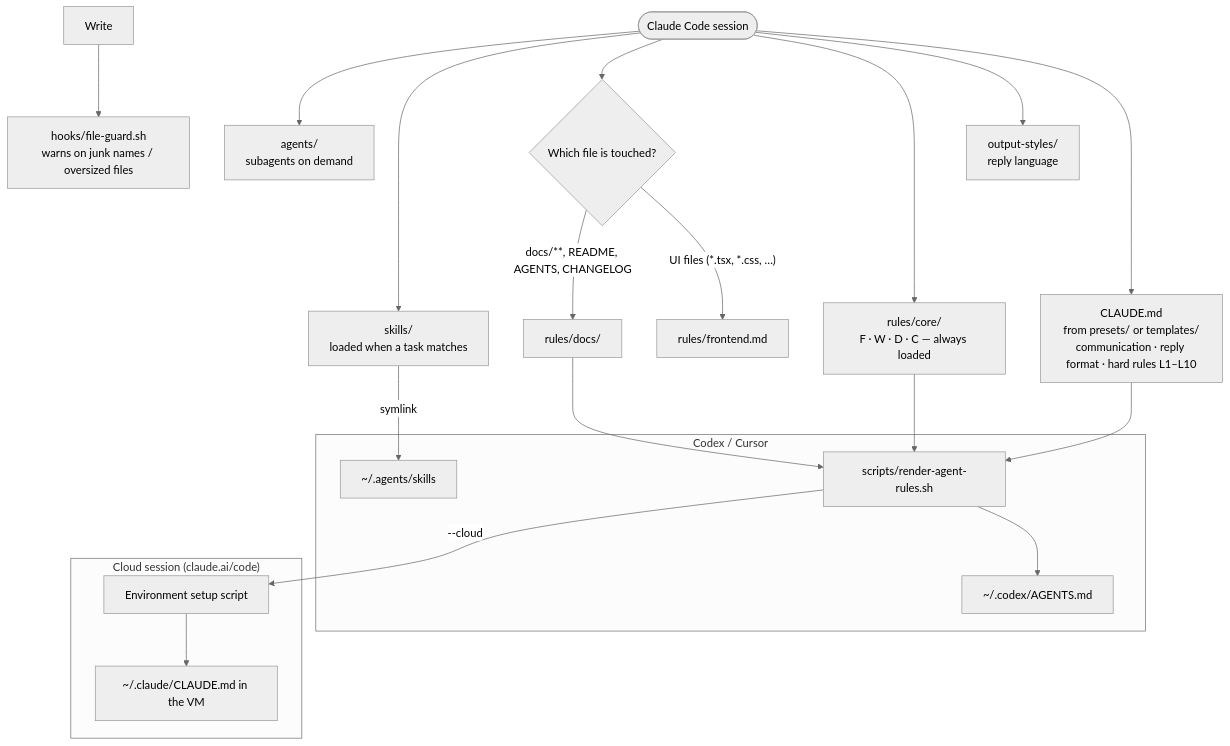
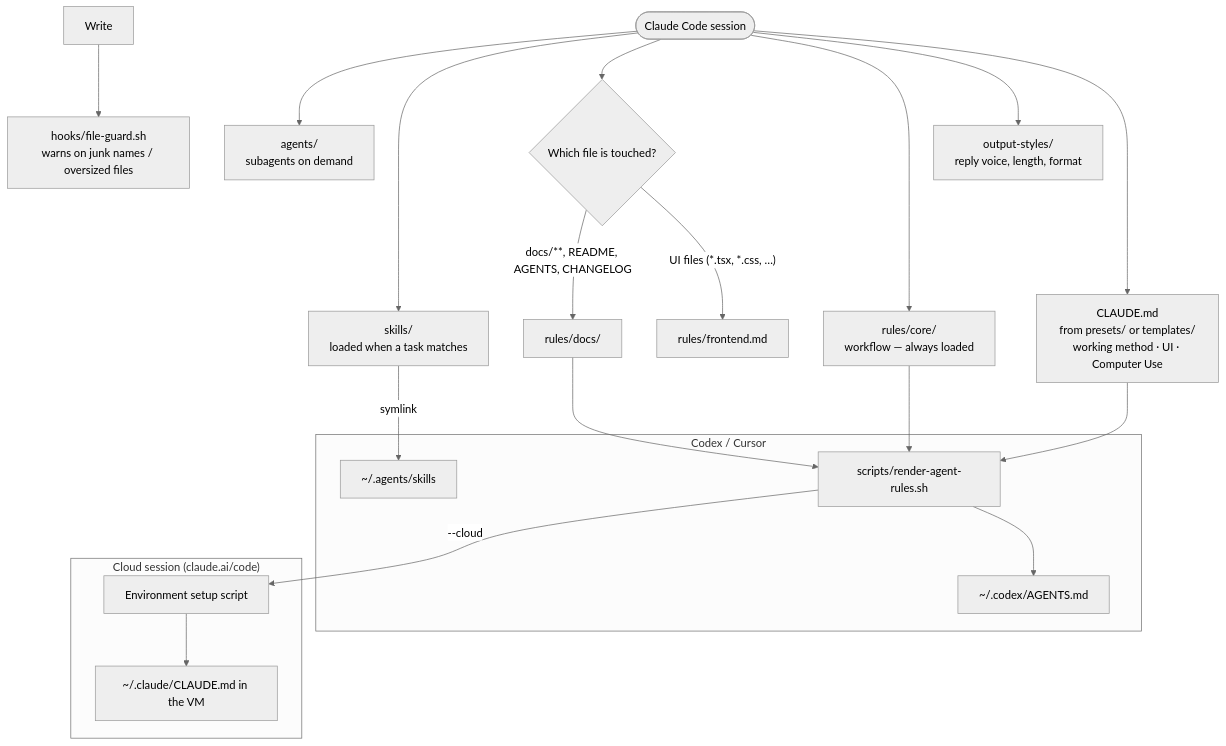
One commit to mxrsv/agents-skills changed the first of 2 diagrams in README.en.md. Above: the diagram before and after it, drawn with Mermaid (neutral theme). The commit also changed other lines of this file and 35 other files, not shown here.

````diff
--- a/README.en.md
+++ b/README.en.md
@@ -7,22 +7,22 @@
 ```mermaid
 flowchart TD
-    S([Claude Code session]) --> A["CLAUDE.md<br/>from presets/ or templates/<br/>communication · reply format · hard rules L1–L10"]
-    S --> O["output-styles/<br/>reply language"]
-    S --> C["rules/core/<br/>F · W · D · C — always loaded"]
+    S([Claude Code session]) --> A["CLAUDE.md<br/>from presets/ or templates/<br/>working method · UI · Computer Use"]
+    S --> O["output-styles/<br/>reply voice, length, format"]
+    S --> C["rules/core/<br/>workflow — always loaded"]
     S --> T{"Which file is touched?"}
     T -- "UI files (*.tsx, *.css, …)" --> Q["rules/frontend.md"]
     T -- "docs/**, README, AGENTS, CHANGELOG" --> D["rules/docs/"]
     S --> K["skills/<br/>loaded when a task matches"]
     S --> AG["agents/<br/>subagents on demand"]
     WR["Write"] --> H["hooks/file-guard.sh<br/>warns on junk names / oversized files"]
     subgraph CX["Codex / Cursor"]
         G["scripts/render-agent-rules.sh"] --> X["~/.codex/AGENTS.md"]
         L["~/.agents/skills"]
     end
     subgraph CL["Cloud session (claude.ai/code)"]
         SS["Environment setup script"] --> CM["~/.claude/CLAUDE.md in the VM"]
     end
     A & C & D --> G
     G -- "--cloud" --> SS
     K -- symlink --> L
 ```
````
